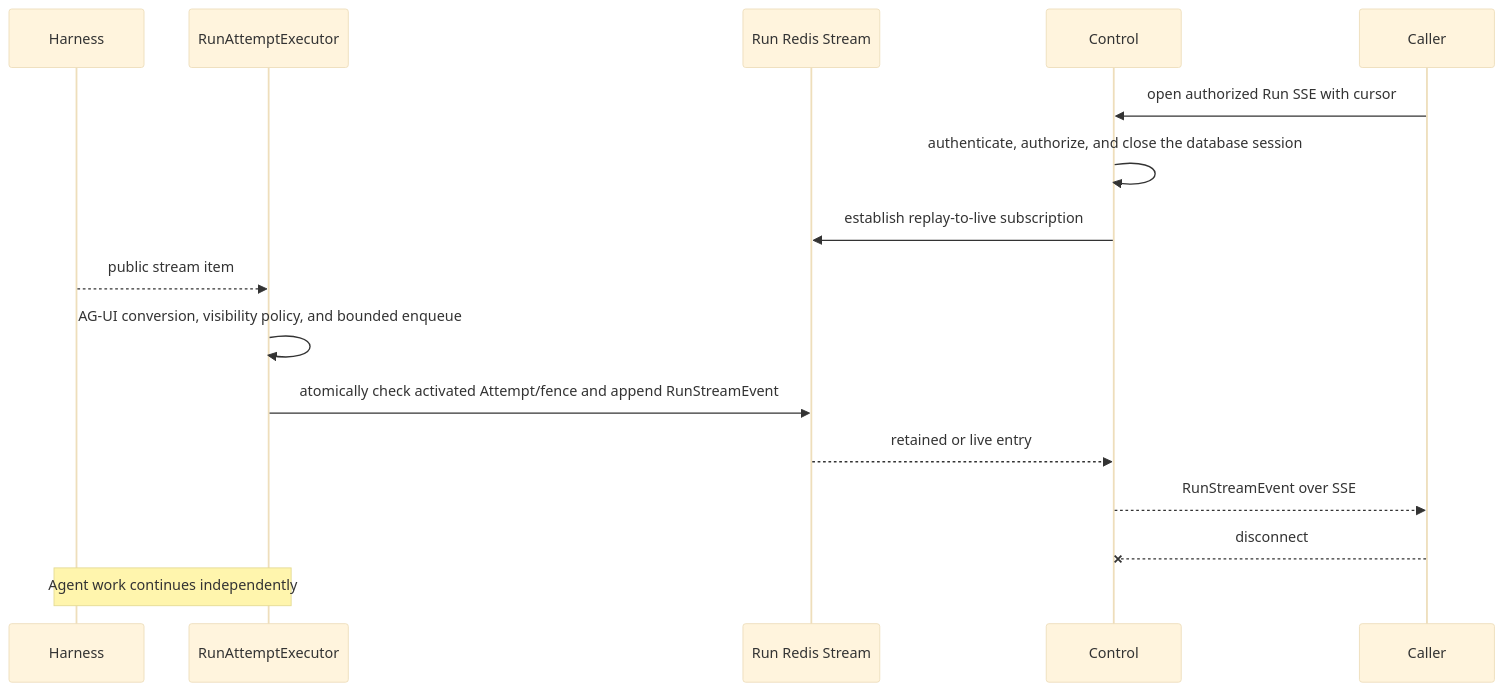
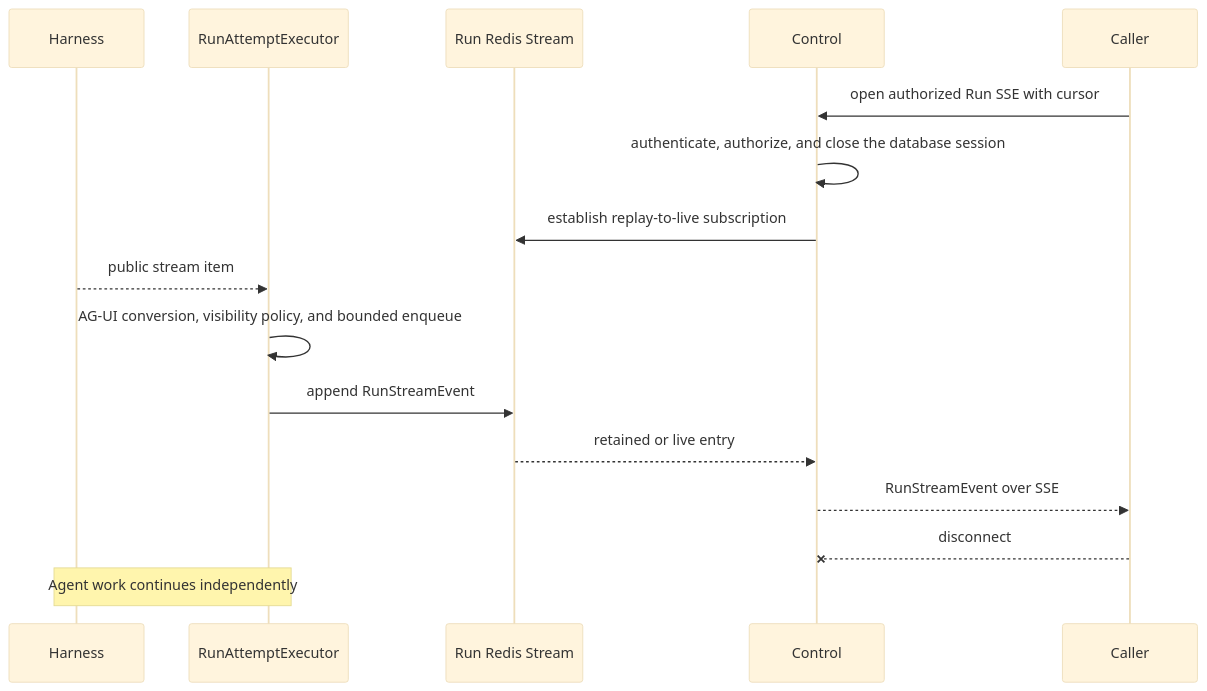
The second of 4 diagrams in spec/a13n-service/26-hook-notifications.md (converge-ai-labs/agent-foundation), drawn with Mermaid (base theme) before and after one commit. The commit also changed other lines of this file and 8 other files, not shown here.

Commit message:
Consolidate Run Stream recovery publication semantics

````diff
--- a/spec/a13n-service/26-hook-notifications.md
+++ b/spec/a13n-service/26-hook-notifications.md
@@ -284,19 +282,19 @@
 ```mermaid
 sequenceDiagram
     participant Harness
     participant Executor as RunAttemptExecutor
     participant Redis as Run Redis Stream
     participant Control
     participant Caller
 
     Caller->>Control: open authorized Run SSE with cursor
     Control->>Control: authenticate, authorize, and close the database session
     Control->>Redis: establish replay-to-live subscription
     Harness-->>Executor: public stream item
     Executor->>Executor: AG-UI conversion, visibility policy, and bounded enqueue
-    Executor->>Redis: atomically check activated Attempt/fence and append RunStreamEvent
+    Executor->>Redis: append RunStreamEvent
     Redis-->>Control: retained or live entry
     Control-->>Caller: RunStreamEvent over SSE
     Caller--xControl: disconnect
     Note over Harness,Executor: Agent work continues independently
 ```
````
